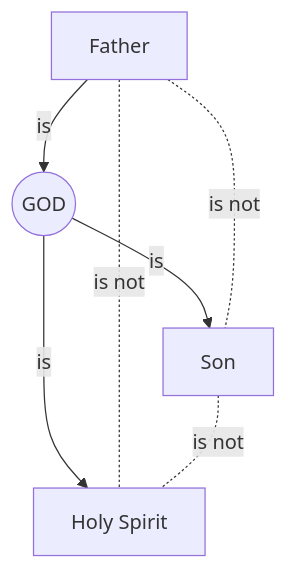
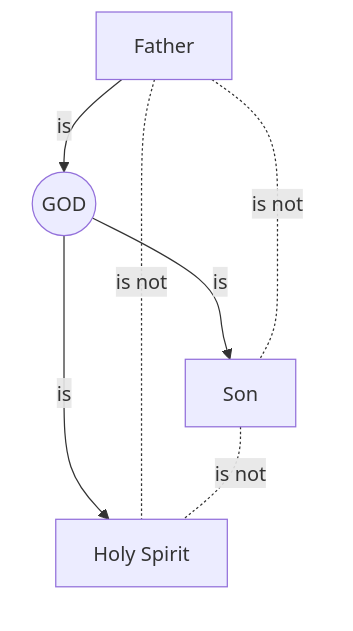
The first of 5 diagrams in handouts/son-of-god.md (dpwhittaker/systematic-theology), drawn with Mermaid before and after one commit. The commit also changed 2 other files, not shown here.

Commit message:
fix: force Son and Holy Spirit to same rank in Trinity diagram
Wrap S-HS edge in invisible subgraph to force dagre same-rank
placement. Hides subgraph border with style fill:none,stroke:none.

````diff
--- a/handouts/son-of-god.md
+++ b/handouts/son-of-god.md
@@ -109,9 +109,12 @@
 ```mermaid
 graph TD
     F["Father"] -->|"is"| G(("GOD"))
     G -->|"is"| S["Son"]
     G -->|"is"| HS["Holy Spirit"]
     F -.-|"is not"| S
     F -.-|"is not"| HS
-    S -.-|"is not"| HS
+    subgraph bottom[" "]
+        S -.-|"is not"| HS
+    end
+    style bottom fill:none,stroke:none
 ```
````
